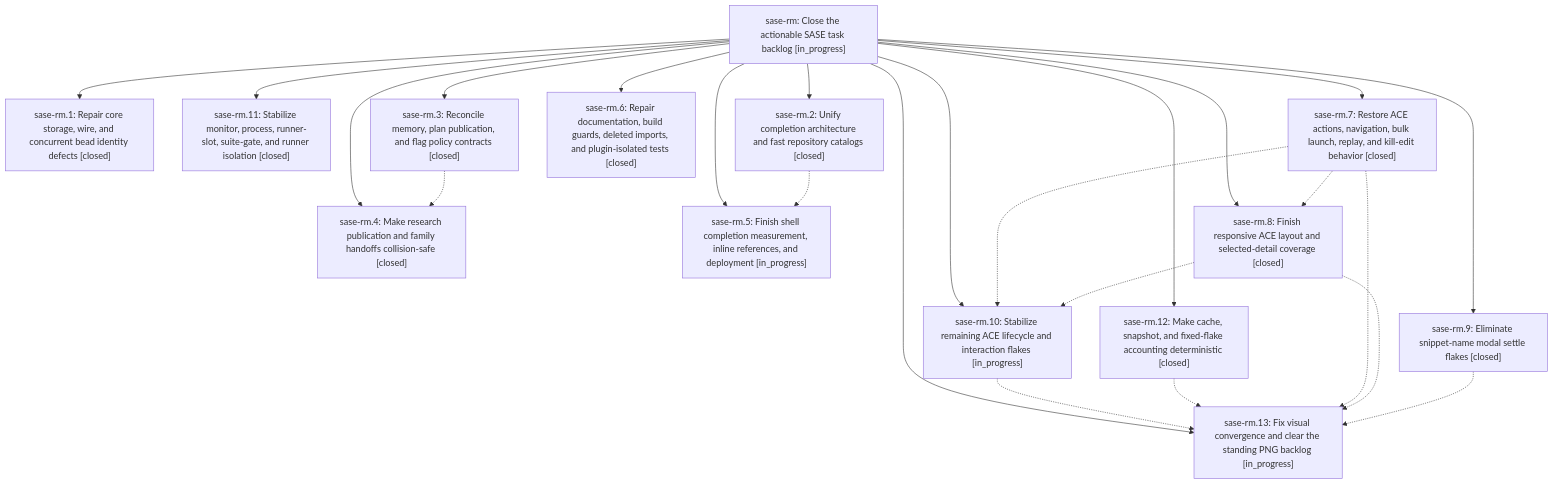
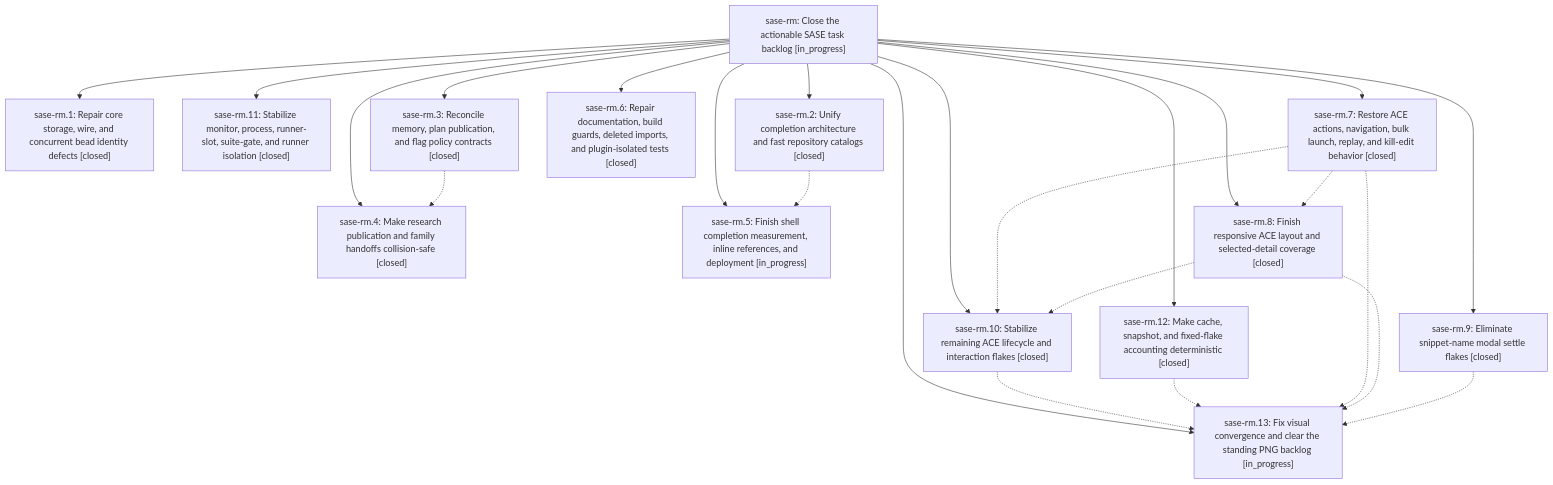
The diagram in pages/sase-rm/README.md (sase-org/sase--beads), drawn with Mermaid before and after one commit. The commit also changed other lines of this file and 5 other files, not shown here.

````diff
--- a/pages/sase-rm/README.md
+++ b/pages/sase-rm/README.md
@@ -34,40 +40,40 @@
 ```mermaid
 flowchart TD
     n0["sase-rm: Close the actionable SASE task backlog [in_progress]"]
     n1["sase-rm.1: Repair core storage, wire, and concurrent bead identity defects [closed]"]
-    n2["sase-rm.10: Stabilize remaining ACE lifecycle and interaction flakes [in_progress]"]
+    n2["sase-rm.10: Stabilize remaining ACE lifecycle and interaction flakes [closed]"]
     n3["sase-rm.11: Stabilize monitor, process, runner-slot, suite-gate, and runner isolation [closed]"]
     n4["sase-rm.12: Make cache, snapshot, and fixed-flake accounting deterministic [closed]"]
     n5["sase-rm.13: Fix visual convergence and clear the standing PNG backlog [in_progress]"]
     n6["sase-rm.2: Unify completion architecture and fast repository catalogs [closed]"]
     n7["sase-rm.3: Reconcile memory, plan publication, and flag policy contracts [closed]"]
     n8["sase-rm.4: Make research publication and family handoffs collision-safe [closed]"]
     n9["sase-rm.5: Finish shell completion measurement, inline references, and deployment [in_progress]"]
     n10["sase-rm.6: Repair documentation, build guards, deleted imports, and plugin-isolated tests [closed]"]
     n11["sase-rm.7: Restore ACE actions, navigation, bulk launch, replay, and kill-edit behavior [closed]"]
     n12["sase-rm.8: Finish responsive ACE layout and selected-detail coverage [closed]"]
     n13["sase-rm.9: Eliminate snippet-name modal settle flakes [closed]"]
     n0 --> n1
     n0 --> n2
     n0 --> n3
     n0 --> n4
     n0 --> n5
     n0 --> n6
     n0 --> n7
     n0 --> n8
     n0 --> n9
     n0 --> n10
     n0 --> n11
     n0 --> n12
     n0 --> n13
     n2 -.-> n5
     n4 -.-> n5
     n6 -.-> n9
     n7 -.-> n8
     n11 -.-> n2
     n11 -.-> n5
     n11 -.-> n12
     n12 -.-> n2
     n12 -.-> n5
     n13 -.-> n5
 ```
````
